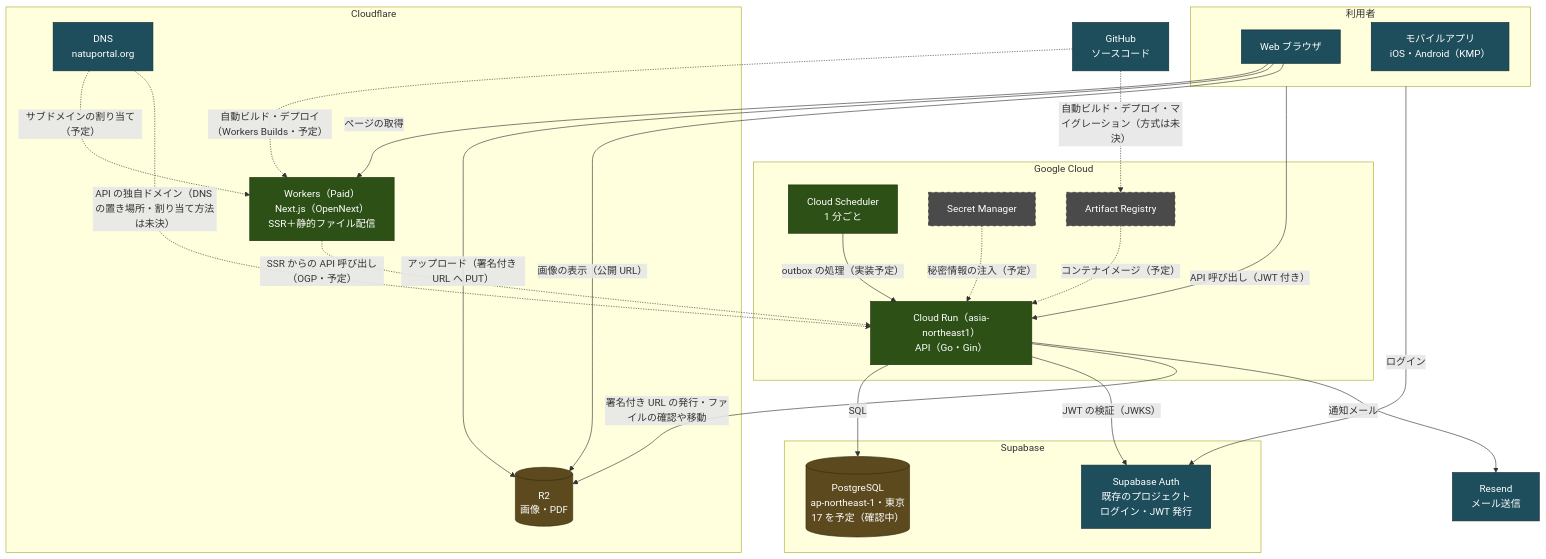
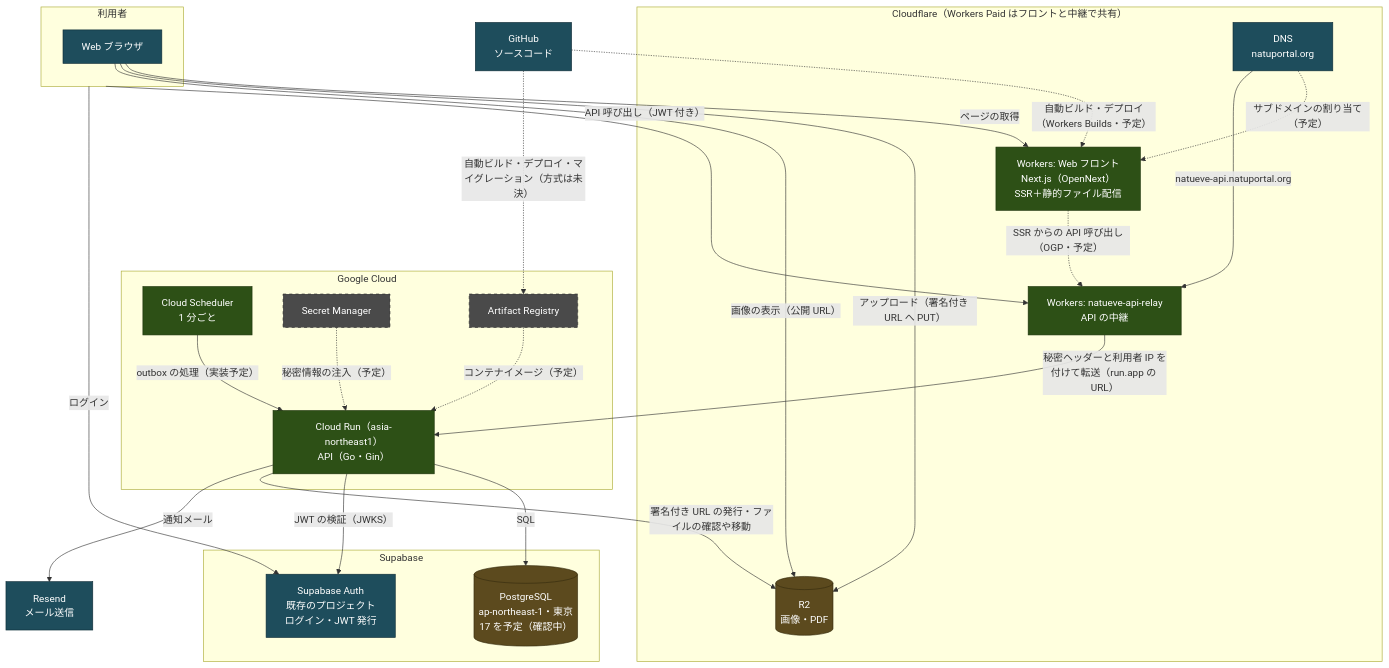
Before and after one commit to GokujyouKaisennDonnburi/NatuEve: the diagram in docs/Deployment.md, drawn with Mermaid. The commit also changed other lines of this file, not shown here.

Commit message:
docs: デプロイ構成修正

````diff
--- a/docs/Deployment.md
+++ b/docs/Deployment.md
@@ -16,59 +15,60 @@
 ```mermaid
 flowchart TB
     subgraph clients["利用者"]
         browser["Web ブラウザ"]
-        mobile["モバイルアプリ<br/>iOS・Android（KMP）"]
     end
 
-    subgraph cloudflare["Cloudflare"]
+    subgraph cloudflare["Cloudflare（Workers Paid はフロントと中継で共有）"]
         dns["DNS<br/>natuportal.org"]
-        workers["Workers（Paid）<br/>Next.js（OpenNext）<br/>SSR＋静的ファイル配信"]
+        workers["Workers: Web フロント<br/>Next.js（OpenNext）<br/>SSR＋静的ファイル配信"]
+        relay["Workers: natueve-api-relay<br/>API の中継"]
         r2[("R2<br/>画像・PDF")]
     end
 
     subgraph gcp["Google Cloud"]
         run["Cloud Run（asia-northeast1）<br/>API（Go・Gin）"]
         scheduler["Cloud Scheduler<br/>1 分ごと"]
         secrets["Secret Manager"]
         registry["Artifact Registry"]
     end
 
     subgraph supabase["Supabase"]
         auth["Supabase Auth<br/>既存のプロジェクト<br/>ログイン・JWT 発行"]
         db[("PostgreSQL<br/>ap-northeast-1・東京<br/>17 を予定（確認中）")]
     end
 
     resend["Resend<br/>メール送信"]
     github["GitHub<br/>ソースコード"]
 
     browser -->|"ページの取得"| workers
-    clients -->|"API 呼び出し（JWT 付き）"| run
+    clients -->|"API 呼び出し（JWT 付き）"| relay
     clients -->|"ログイン"| auth
     browser -->|"アップロード（署名付き URL へ PUT）"| r2
     browser -->|"画像の表示（公開 URL）"| r2
-    workers -.->|"SSR からの API 呼び出し（OGP・予定）"| run
+    workers -.->|"SSR からの API 呼び出し（OGP・予定）"| relay
+    relay -->|"秘密ヘッダーと利用者 IP を付けて転送（run.app の URL）"| run
 
     scheduler -->|"outbox の処理（実装予定）"| run
     run -->|"SQL"| db
     run -->|"JWT の検証（JWKS）"| auth
     run -->|"署名付き URL の発行・ファイルの確認や移動"| r2
     run -->|"通知メール"| resend
     secrets -.->|"秘密情報の注入（予定）"| run
     registry -.->|"コンテナイメージ（予定）"| run
 
     dns -.->|"サブドメインの割り当て（予定）"| workers
-    dns -.->|"API の独自ドメイン（DNS の置き場所・割り当て方法は未決）"| run
+    dns -->|"natueve-api.natuportal.org"| relay
 
     github -.->|"自動ビルド・デプロイ（Workers Builds・予定）"| workers
     github -.->|"自動ビルド・デプロイ・マイグレーション（方式は未決）"| registry
 
     classDef confirmed fill:#2d5016,stroke:#1a3009,color:#fff
     classDef existing fill:#1e4d5c,stroke:#0d2b35,color:#fff
     classDef planned fill:#4a4a4a,stroke:#2a2a2a,color:#fff,stroke-dasharray: 5 5
     classDef datastore fill:#5c4a1e,stroke:#352b0d,color:#fff
 
-    class workers,run,scheduler confirmed
-    class auth,resend,dns,browser,mobile,github existing
+    class workers,relay,run,scheduler confirmed
+    class auth,resend,dns,browser,github existing
     class secrets,registry planned
     class db,r2 datastore
 ```
````
